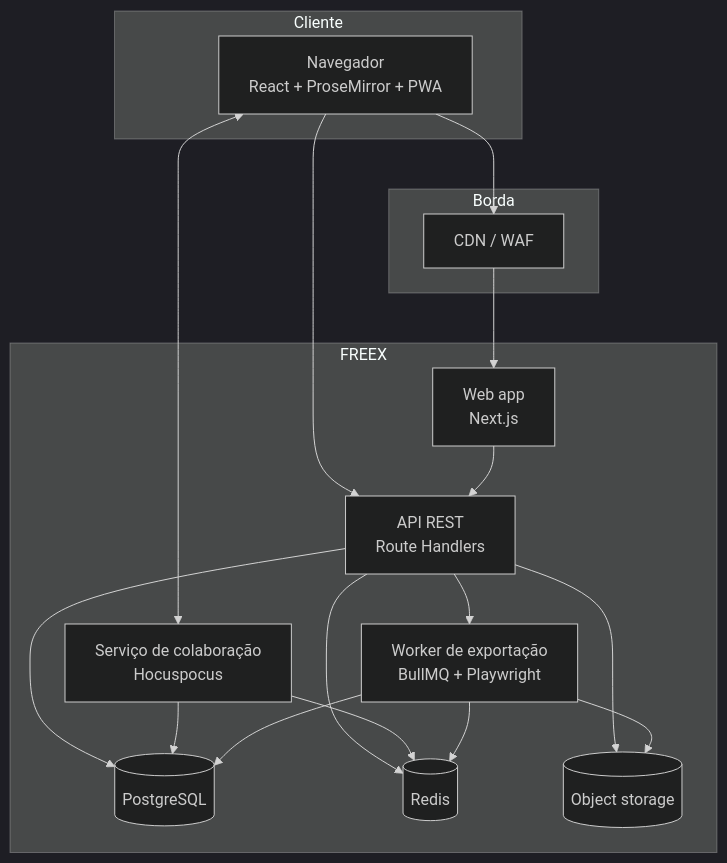
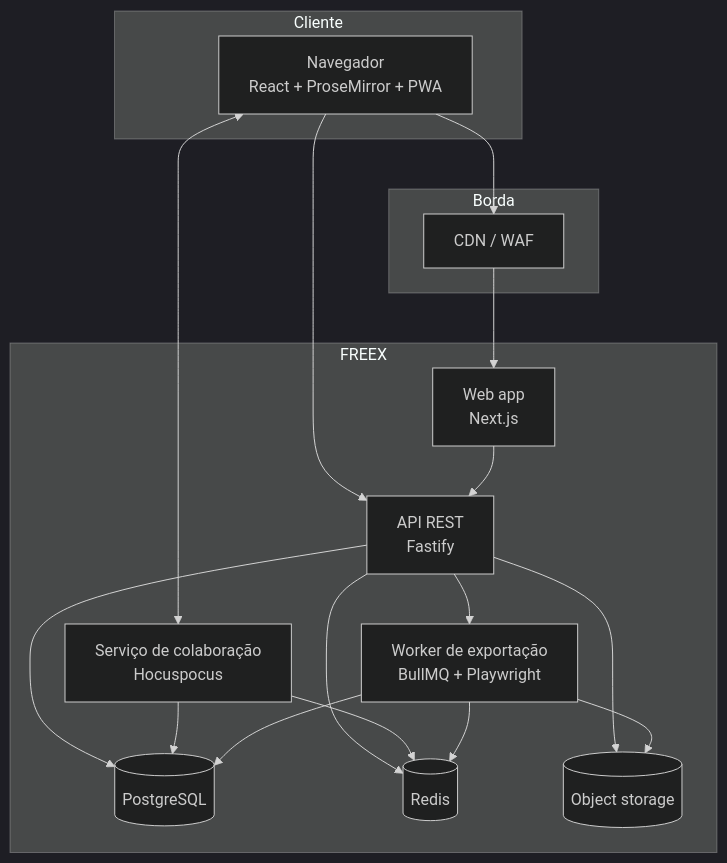
The second of 5 diagrams in docs/03-arquitetura/arquitetura-geral.md (kkauaon/freex), drawn with Mermaid (dark theme) before and after one commit. The commit also changed other lines of this file and 46 other files, not shown here.

First line of the commit message:
feat: add monorepo foundation with Fastify API (ADR-006), layout engine and PDF export

````diff
--- a/docs/03-arquitetura/arquitetura-geral.md
+++ b/docs/03-arquitetura/arquitetura-geral.md
@@ -70,35 +70,35 @@
 ```mermaid
 flowchart TB
   subgraph Client["Cliente"]
     B[ Navegador<br/>React + ProseMirror + PWA ]
   end
 
   subgraph Edge["Borda"]
     CDN[ CDN / WAF ]
   end
 
   subgraph App["FREEX"]
     WEB[ Web app<br/>Next.js ]
-    API[ API REST<br/>Route Handlers ]
+    API[ API REST<br/>Fastify ]
     COL[ Serviço de colaboração<br/>Hocuspocus ]
     WRK[ Worker de exportação<br/>BullMQ + Playwright ]
     DB[( PostgreSQL )]
     RED[( Redis )]
     STO[( Object storage )]
   end
 
   B --> CDN
   CDN --> WEB
   B --> API
   B <--> COL
   WEB --> API
   API --> DB
   API --> RED
   API --> STO
   API --> WRK
   COL --> DB
   COL --> RED
   WRK --> DB
   WRK --> STO
   WRK --> RED
 ```
````
